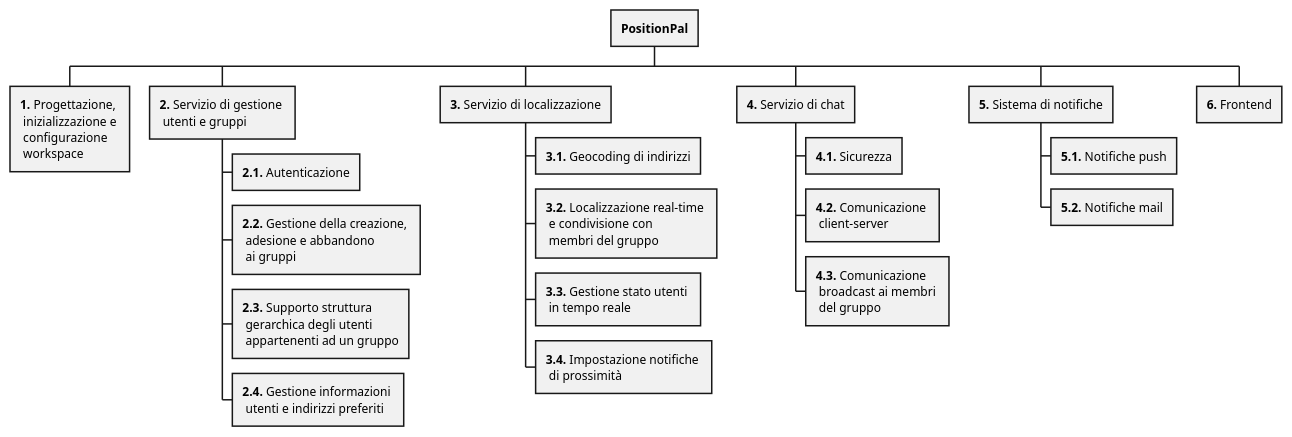
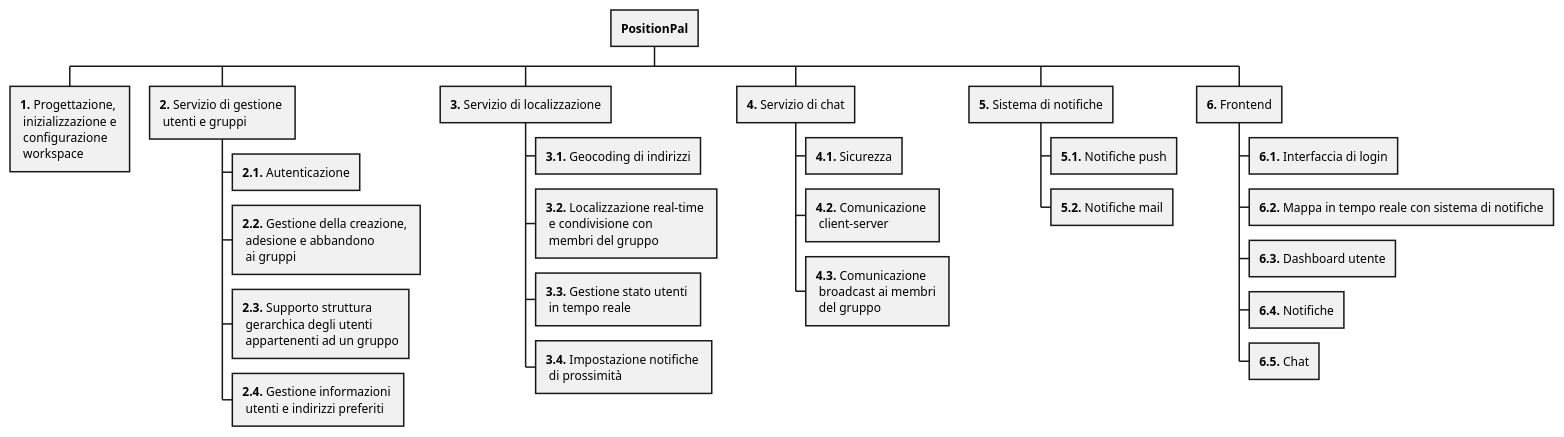
Before and after one commit to position-pal/PM-report: the diagram in _attachments/2-rbs.md, drawn with PlantUML. The commit also changed other lines of this file, not shown here.

Commit message:
docs: expand points for frontend

````diff
--- a/_attachments/2-rbs.md
+++ b/_attachments/2-rbs.md
@@ -42,31 +47,37 @@
 ```plantuml
 @startwbs rbs
 
 + **PositionPal**
 
 ++ **1.** Progettazione, \n inizializzazione e \n configurazione \n workspace
 
 ++ **2.** Servizio di gestione \n utenti e gruppi
 +++ **2.1.** Autenticazione
 +++ **2.2.** Gestione della creazione, \n adesione e abbandono \n ai gruppi
 +++ **2.3.** Supporto struttura \n gerarchica degli utenti \n appartenenti ad un gruppo
 +++ **2.4.** Gestione informazioni \n utenti e indirizzi preferiti
 
 ++ **3.** Servizio di localizzazione
 +++ **3.1.** Geocoding di indirizzi
 +++ **3.2.** Localizzazione real-time \n e condivisione con \n membri del gruppo
 +++ **3.3.** Gestione stato utenti \n in tempo reale
 +++ **3.4.** Impostazione notifiche \n di prossimità
 
 ++ **4.** Servizio di chat
 +++ **4.1.** Sicurezza
 +++ **4.2.** Comunicazione \n client-server
 +++ **4.3.** Comunicazione \n broadcast ai membri \n del gruppo
 
 ++ **5.** Sistema di notifiche
 +++ **5.1.** Notifiche push
 +++ **5.2.** Notifiche mail
 
 ++ **6.** Frontend
++++ **6.1.** Interfaccia di login
++++ **6.2.** Mappa in tempo reale con sistema di notifiche
++++ **6.3.** Dashboard utente
++++ **6.4.** Notifiche
++++ **6.5.** Chat
+
 @endwbs
 ```
````
